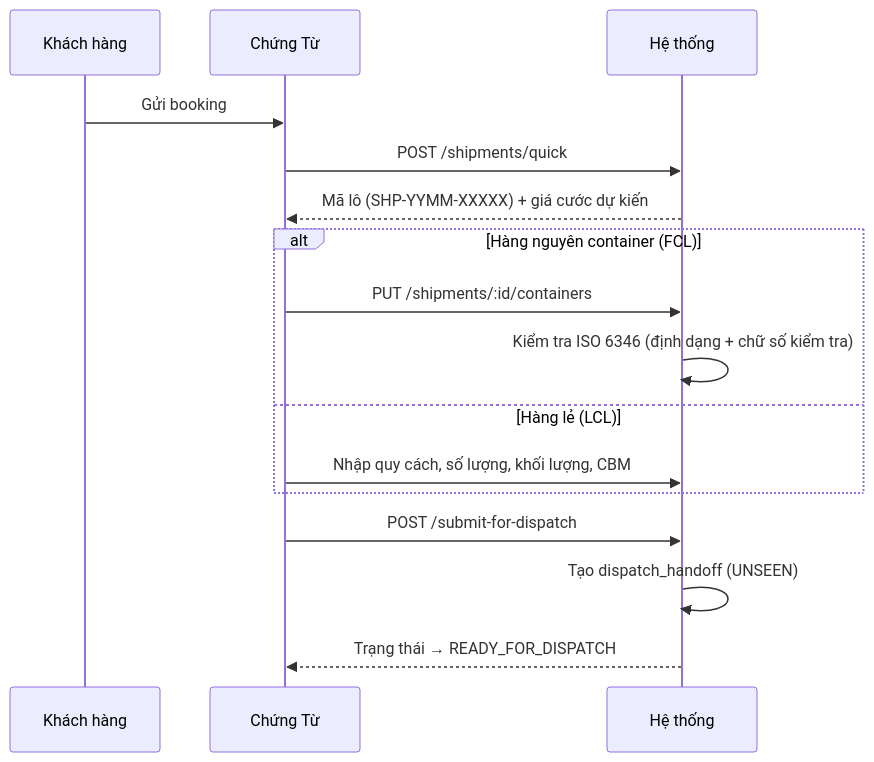
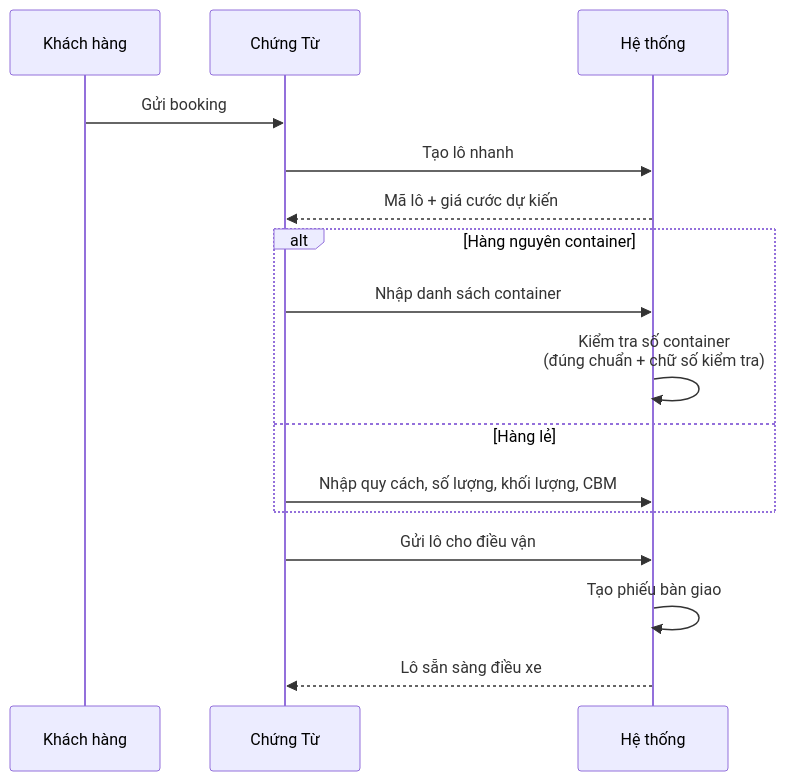
Before and after one commit to 4rankng/silversea: the third of 7 diagrams in docs/prd/quy-trinh-cus-dieuvan-laixe.md, drawn with Mermaid. The commit also changed other lines of this file, not shown here.

Commit message:
docs(prd): O2C bản đối tác — bỏ mã nội bộ/trạng thái hệ thống, thuần thuật ngữ kinh doanh

````diff
--- a/docs/prd/quy-trinh-cus-dieuvan-laixe.md
+++ b/docs/prd/quy-trinh-cus-dieuvan-laixe.md
@@ -93,21 +98,21 @@
 ```mermaid
 sequenceDiagram
     participant KH as Khách hàng
-    participant CUS as Chứng Từ
+    participant CT as Chứng Từ
     participant SYS as Hệ thống
 
-    KH->>CUS: Gửi booking
-    CUS->>SYS: POST /shipments/quick
-    SYS-->>CUS: Mã lô (SHP-YYMM-XXXXX) + giá cước dự kiến
+    KH->>CT: Gửi booking
+    CT->>SYS: Tạo lô nhanh
+    SYS-->>CT: Mã lô + giá cước dự kiến
 
-    alt Hàng nguyên container (FCL)
-        CUS->>SYS: PUT /shipments/:id/containers
-        SYS->>SYS: Kiểm tra ISO 6346 (định dạng + chữ số kiểm tra)
-    else Hàng lẻ (LCL)
-        CUS->>SYS: Nhập quy cách, số lượng, khối lượng, CBM
+    alt Hàng nguyên container
+        CT->>SYS: Nhập danh sách container
+        SYS->>SYS: Kiểm tra số container<br/>(đúng chuẩn + chữ số kiểm tra)
+    else Hàng lẻ
+        CT->>SYS: Nhập quy cách, số lượng, khối lượng, CBM
     end
 
-    CUS->>SYS: POST /submit-for-dispatch
-    SYS->>SYS: Tạo dispatch_handoff (UNSEEN)
-    SYS-->>CUS: Trạng thái → READY_FOR_DISPATCH
+    CT->>SYS: Gửi lô cho điều vận
+    SYS->>SYS: Tạo phiếu bàn giao
+    SYS-->>CT: Lô sẵn sàng điều xe
 ```
````
